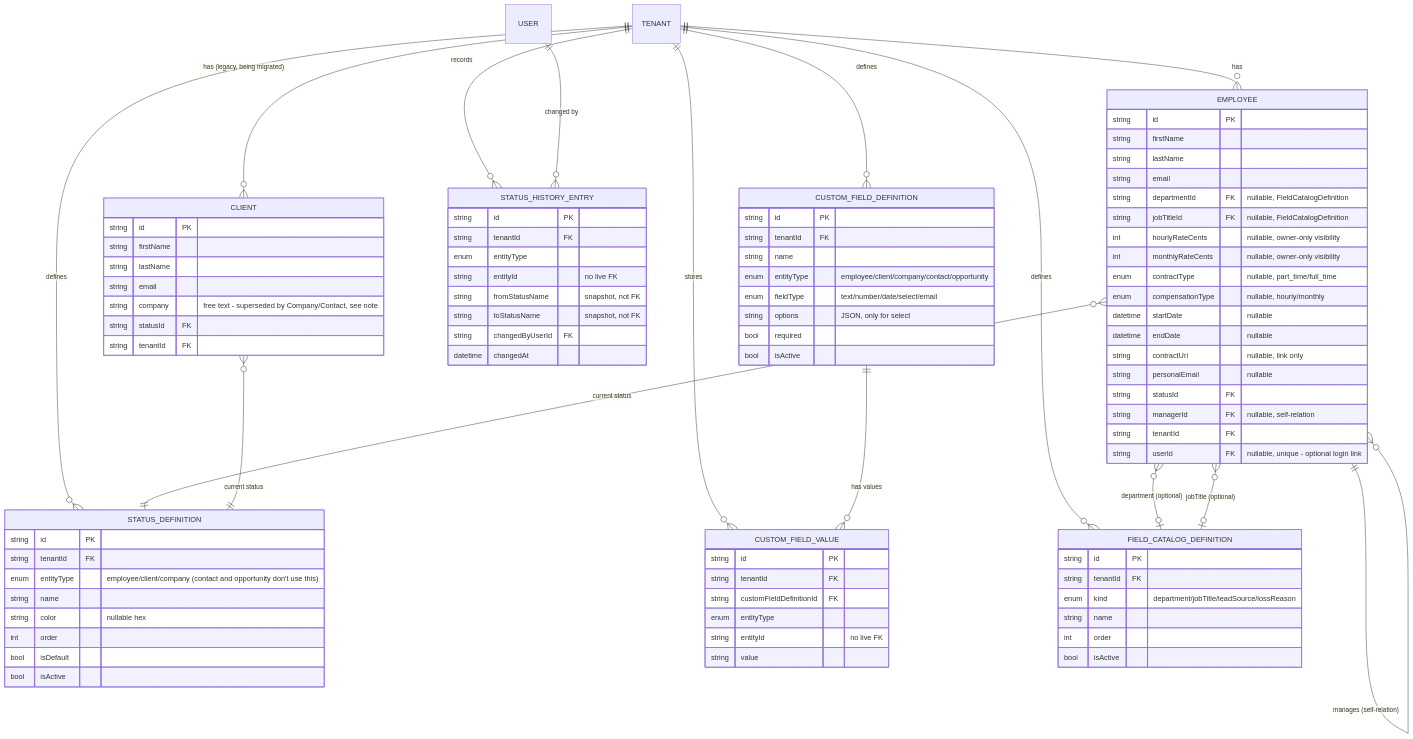
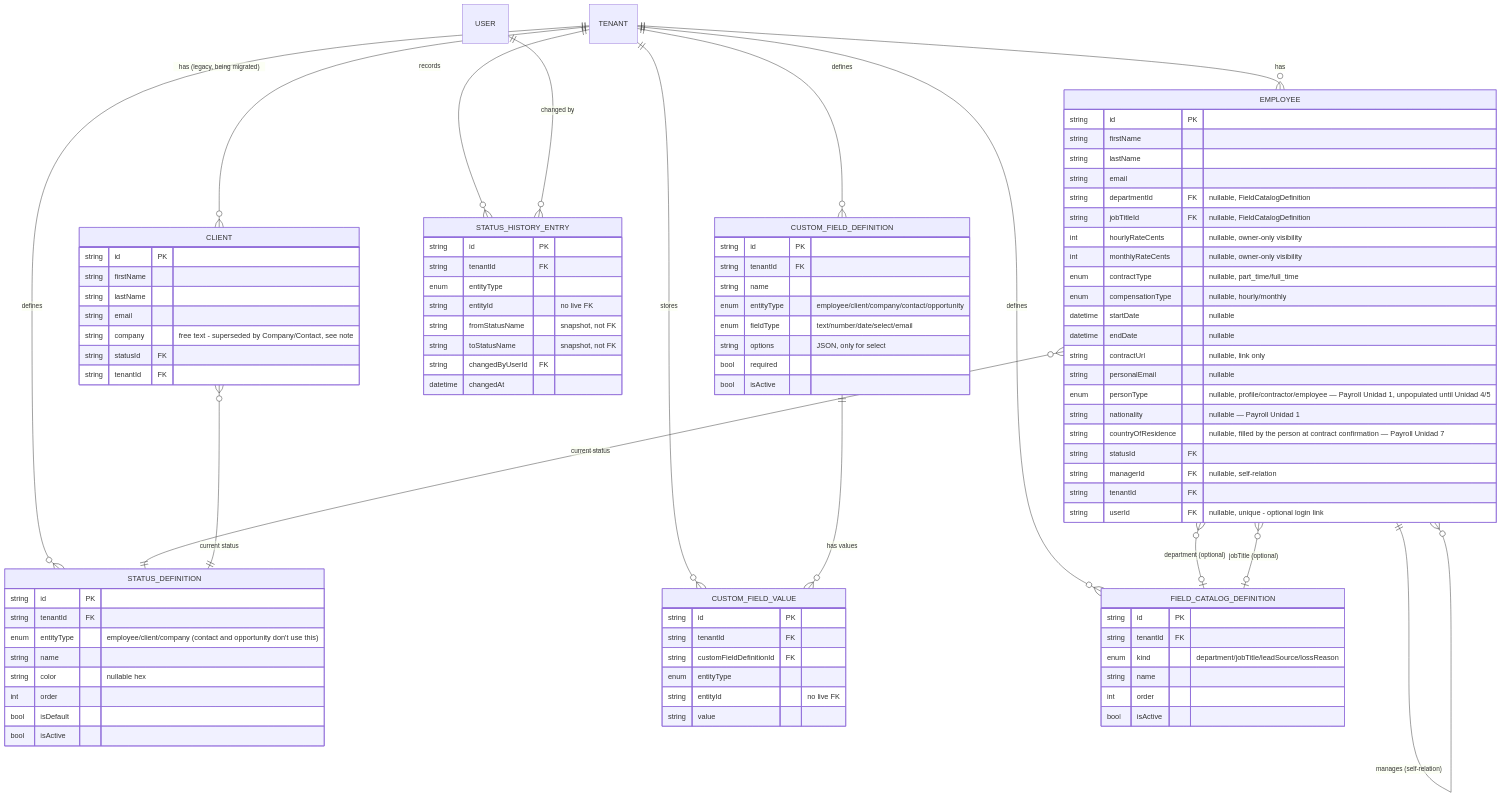
One commit to ABravo2025/northstack changed the second of 7 diagrams in docs/database-schema.md. Above: the diagram before and after it, drawn with Mermaid. The commit also changed other lines of this file and 1 other file, not shown here.

First line of the commit message:
Document Payroll Unidad 1 in database-schema.md, add QA-09

```diff
--- a/docs/database-schema.md
+++ b/docs/database-schema.md
@@ -110,6 +111,9 @@
         datetime endDate "nullable"
         string contractUrl "nullable, link only"
         string personalEmail "nullable"
+        enum personType "nullable, profile/contractor/employee — Payroll Unidad 1, unpopulated until Unidad 4/5"
+        string nationality "nullable — Payroll Unidad 1"
+        string countryOfResidence "nullable, filled by the person at contract confirmation — Payroll Unidad 7"
         string statusId FK
         string managerId FK "nullable, self-relation"
         string tenantId FK
```
